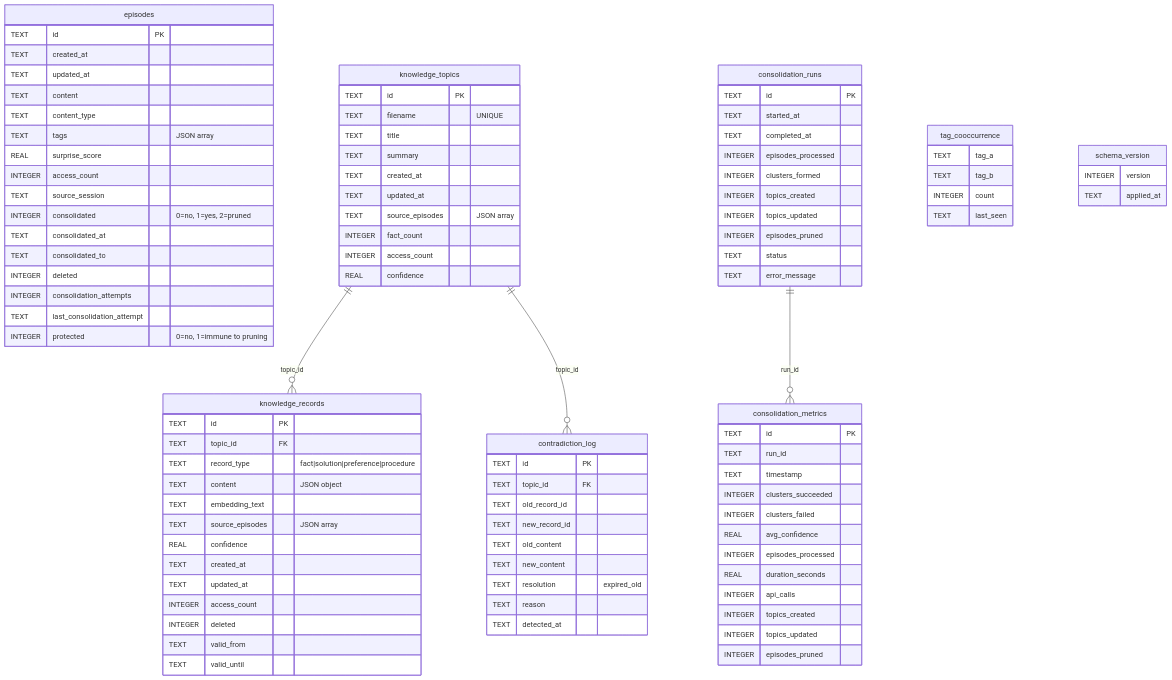
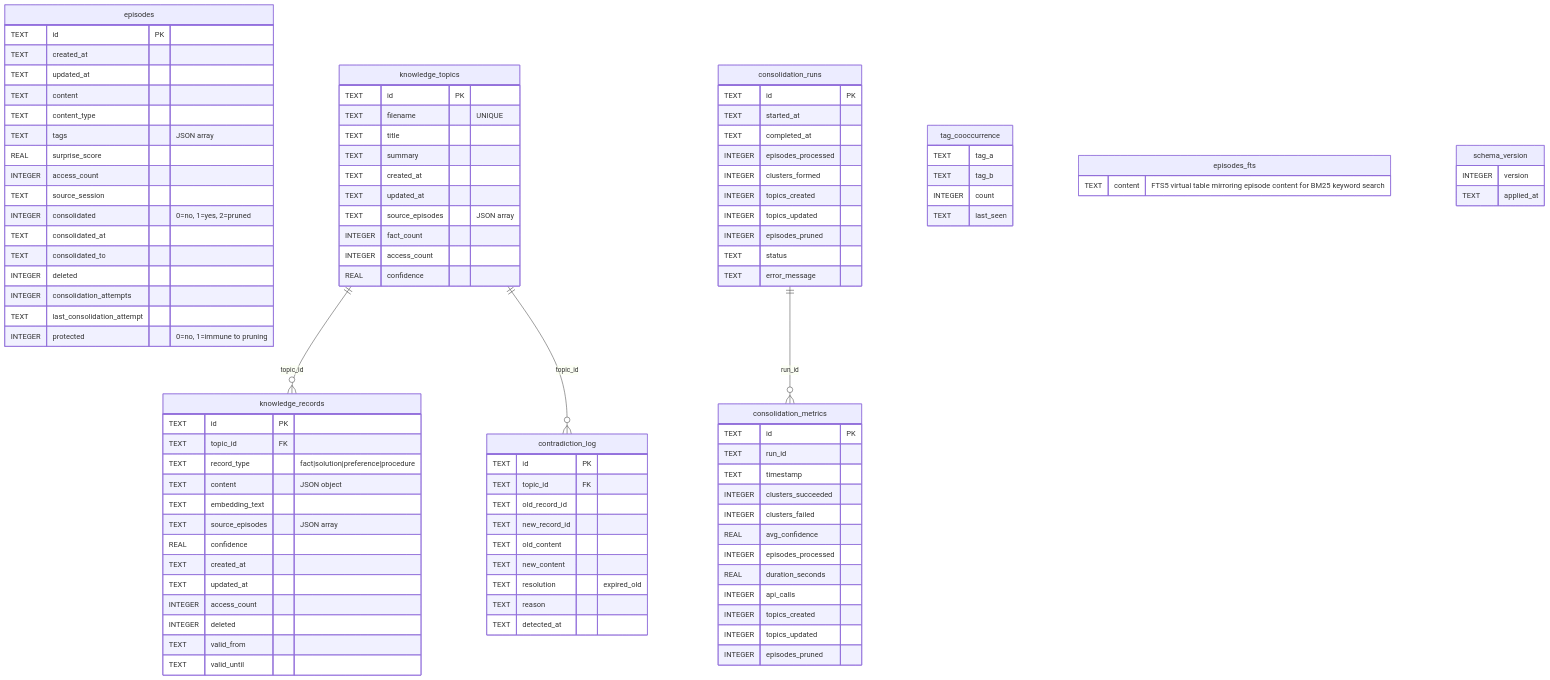
One commit to charliee1w/consolidation-memory changed the third of 5 diagrams in docs/ARCHITECTURE.md. Above: the diagram before and after it, drawn with Mermaid. The commit also changed other lines of this file and 3 other files, not shown here.

```diff
--- a/docs/ARCHITECTURE.md
+++ b/docs/ARCHITECTURE.md
@@ -252,6 +252,10 @@
         TEXT last_seen
     }
 
+    episodes_fts {
+        TEXT content "FTS5 virtual table mirroring episode content for BM25 keyword search"
+    }
+
     schema_version {
         INTEGER version
         TEXT applied_at
```
